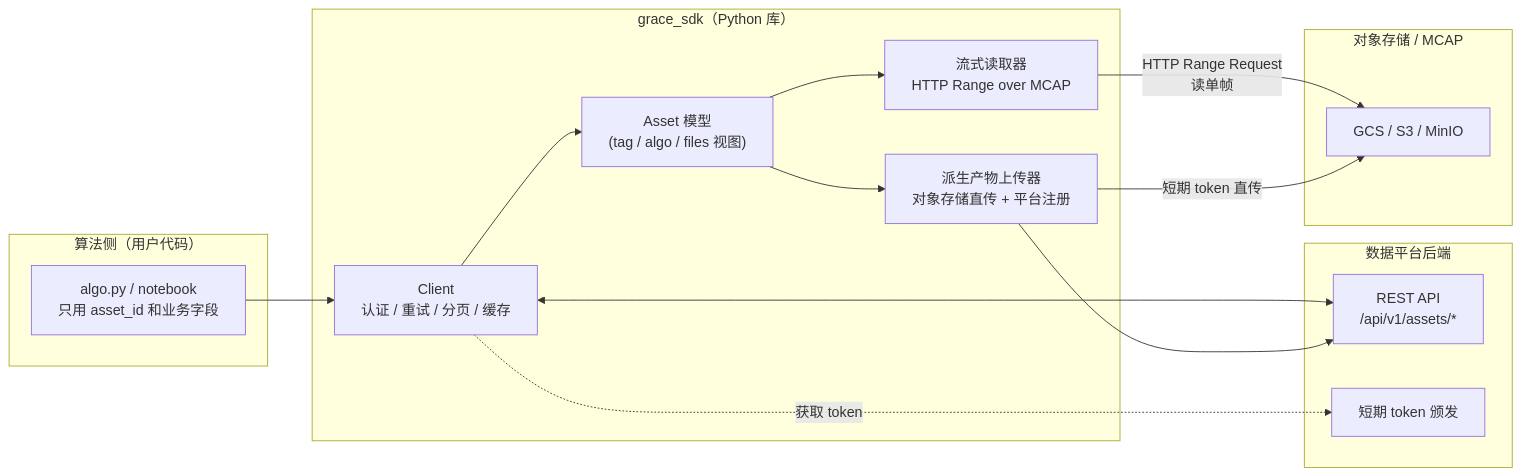
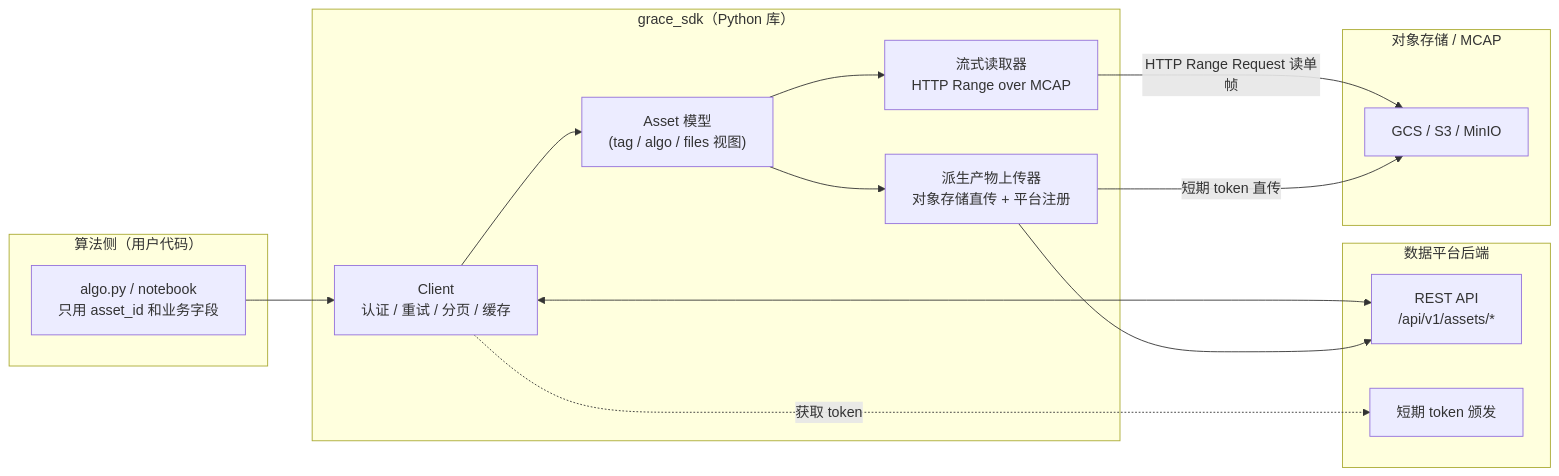
One commit to rouse2617/Databricks4robot changed the sixth of 11 diagrams in docs/review/data-platform-design.md. Above: the diagram before and after it, drawn with Mermaid. The commit also changed other lines of this file and 1 other file, not shown here.

````diff
--- a/docs/review/data-platform-design.md
+++ b/docs/review/data-platform-design.md
@@ -675,32 +706,32 @@
 ```mermaid
 flowchart LR
-    subgraph User["算法侧（用户代码）"]
-        Code["algo.py / notebook<br/>只用 asset_id 和业务字段"]
+    subgraph User[算法侧（用户代码）]
+        Code[algo.py / notebook<br>只用 asset_id 和业务字段]
     end
 
-    subgraph SDK["grace_sdk（Python 库）"]
-        Client["Client<br/>认证 / 重试 / 分页 / 缓存"]
-        AssetMod["Asset 模型<br/>(tag / algo / files 视图)"]
-        Stream["流式读取器<br/>HTTP Range over MCAP"]
-        Upload["派生产物上传器<br/>对象存储直传 + 平台注册"]
+    subgraph SDK[grace_sdk（Python 库）]
+        Client[Client<br>认证 / 重试 / 分页 / 缓存]
+        AssetMod["Asset 模型<br>(tag / algo / files 视图)"]
+        Stream[流式读取器<br>HTTP Range over MCAP]
+        Upload[派生产物上传器<br>对象存储直传 + 平台注册]
     end
 
-    subgraph Platform["数据平台后端"]
-        API["REST API<br/>/api/v1/assets/*"]
-        Token["短期 token 颁发"]
+    subgraph Platform[数据平台后端]
+        API[REST API<br>/api/v1/assets/*]
+        Token[短期 token 颁发]
     end
 
-    subgraph Storage["对象存储 / MCAP"]
-        Object["GCS / S3 / MinIO"]
+    subgraph Storage[对象存储 / MCAP]
+        Object[GCS / S3 / MinIO]
     end
 
     Code --> Client
     Client <--> API
     Client --> AssetMod
     AssetMod --> Stream
     AssetMod --> Upload
-    Stream -- "HTTP Range Request<br/>读单帧" --> Object
-    Upload -- "短期 token 直传" --> Object
+    Stream -->|HTTP Range Request 读单帧| Object
+    Upload -->|短期 token 直传| Object
     Upload --> API
     Client -.获取 token.-> Token
 ```
````
